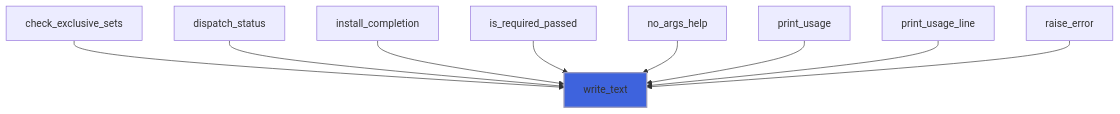
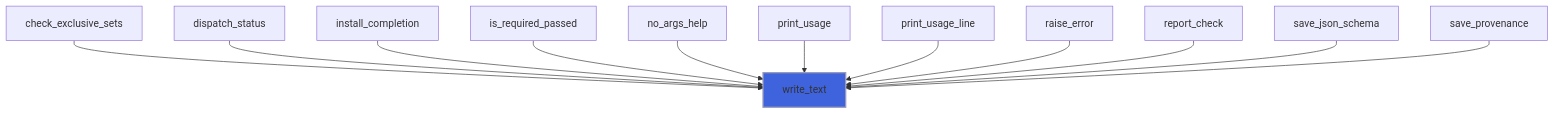
Before and after one commit to szaghi/FLAP: the eighth of 23 diagrams in docs/api/src/lib/flap_utils_m.md, drawn with Mermaid. The commit also changed other lines of this file and 22 other files, not shown here.

````diff
--- a/docs/api/src/lib/flap_utils_m.md
+++ b/docs/api/src/lib/flap_utils_m.md
@@ -285,12 +298,15 @@
 ```mermaid
 flowchart TD
   check_exclusive_sets["check_exclusive_sets"] --> write_text["write_text"]
   dispatch_status["dispatch_status"] --> write_text["write_text"]
   install_completion["install_completion"] --> write_text["write_text"]
   is_required_passed["is_required_passed"] --> write_text["write_text"]
   no_args_help["no_args_help"] --> write_text["write_text"]
   print_usage["print_usage"] --> write_text["write_text"]
   print_usage_line["print_usage_line"] --> write_text["write_text"]
   raise_error["raise_error"] --> write_text["write_text"]
+  report_check["report_check"] --> write_text["write_text"]
+  save_json_schema["save_json_schema"] --> write_text["write_text"]
+  save_provenance["save_provenance"] --> write_text["write_text"]
   style write_text fill:#3e63dd,stroke:#99b,stroke-width:2px
 ```
````
